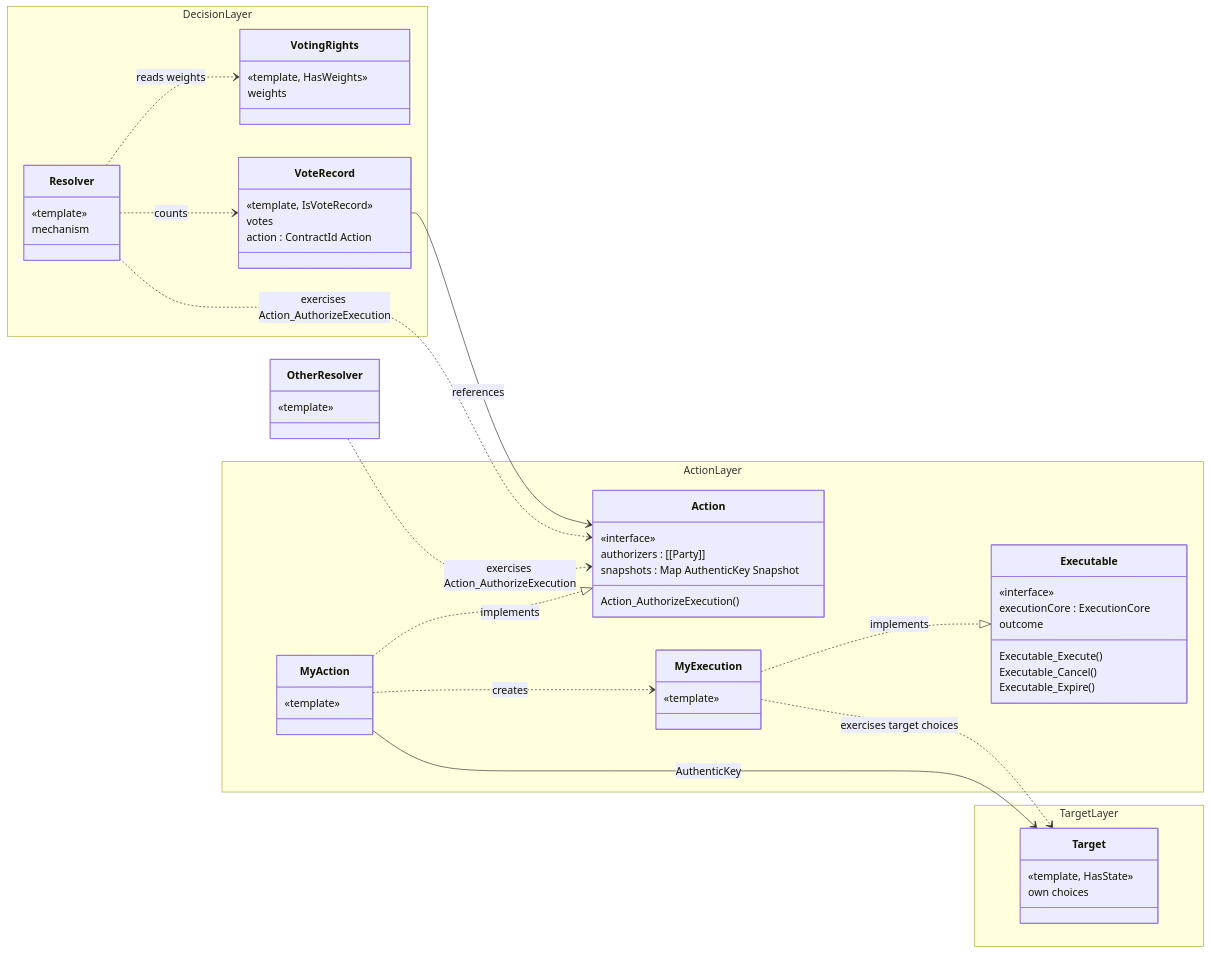
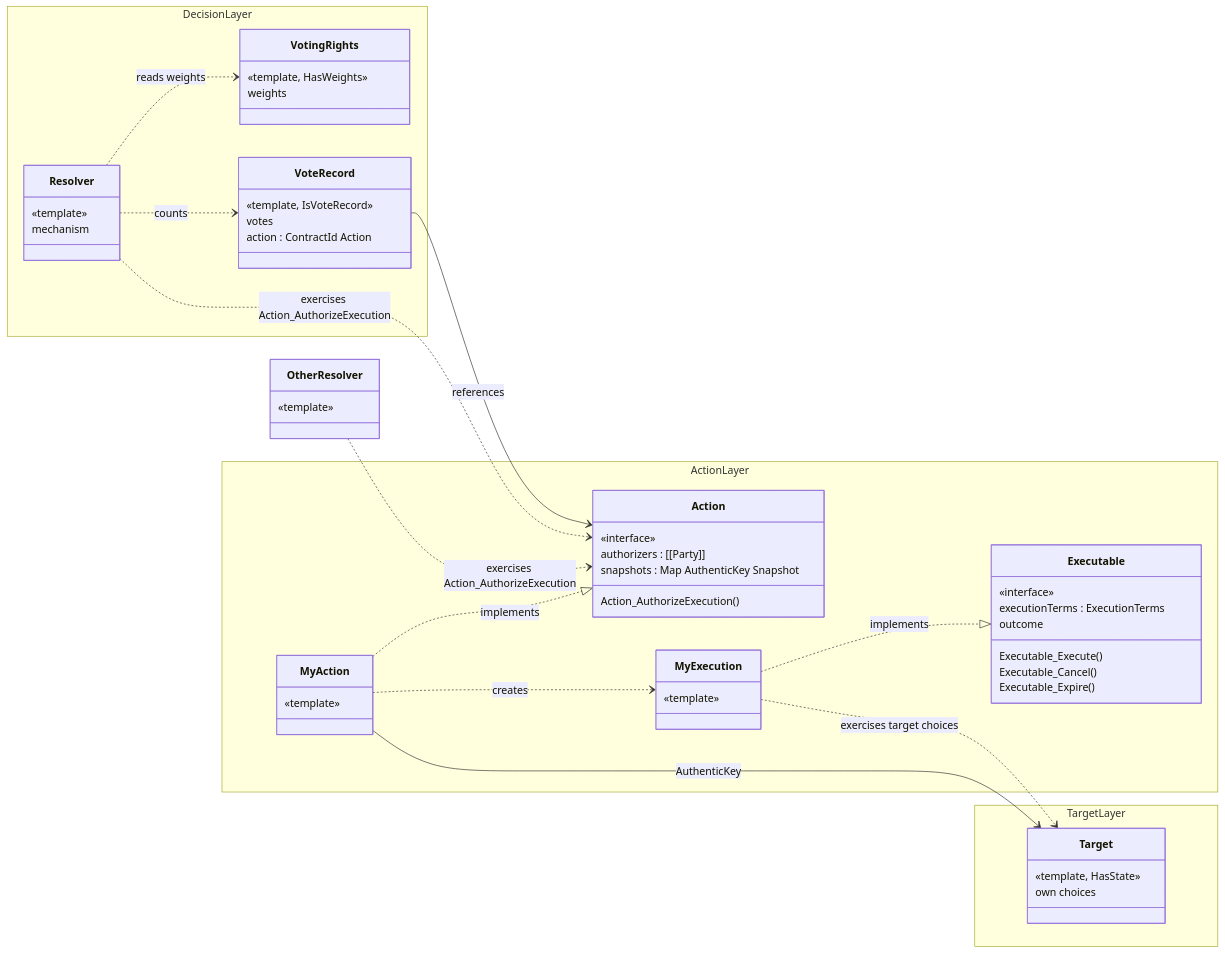
One commit to unlockitio/concordia changed the second of 2 diagrams in docs/governance/intro.md. Above: the diagram before and after it, drawn with Mermaid. The commit also changed 153 other files, not shown here.

````diff
--- a/docs/governance/intro.md
+++ b/docs/governance/intro.md
@@ -110,65 +110,65 @@
 ```mermaid
 classDiagram
   direction LR
 
   namespace DecisionLayer {
     class VotingRights {
       «template, HasWeights»
       weights
     }
     class VoteRecord {
       «template, IsVoteRecord»
       votes
       action : ContractId Action
     }
     class Resolver {
       «template»
       mechanism
     }
   }
 
   class OtherResolver {
     «template»
   }
 
   namespace ActionLayer {
     class Action {
       «interface»
       authorizers : [[Party]]
       snapshots : Map AuthenticKey Snapshot
       Action_AuthorizeExecution()
     }
     class MyAction {
       «template»
     }
     class Executable {
       «interface»
-      executionCore : ExecutionCore
+      executionTerms : ExecutionTerms
       outcome
       Executable_Execute()
       Executable_Cancel()
       Executable_Expire()
     }
     class MyExecution {
       «template»
     }
   }
 
   namespace TargetLayer {
     class Target {
       «template, HasState»
       own choices
     }
   }
 
   Resolver ..> VotingRights : reads weights
   Resolver ..> VoteRecord : counts
   VoteRecord --> Action : references
   Resolver ..> Action : exercises Action_AuthorizeExecution
   OtherResolver ..> Action : exercises Action_AuthorizeExecution
   MyAction ..|> Action : implements
   MyExecution ..|> Executable : implements
   MyAction ..> MyExecution : creates
   MyAction --> Target : AuthenticKey
   MyExecution ..> Target : exercises target choices
 ```
````
